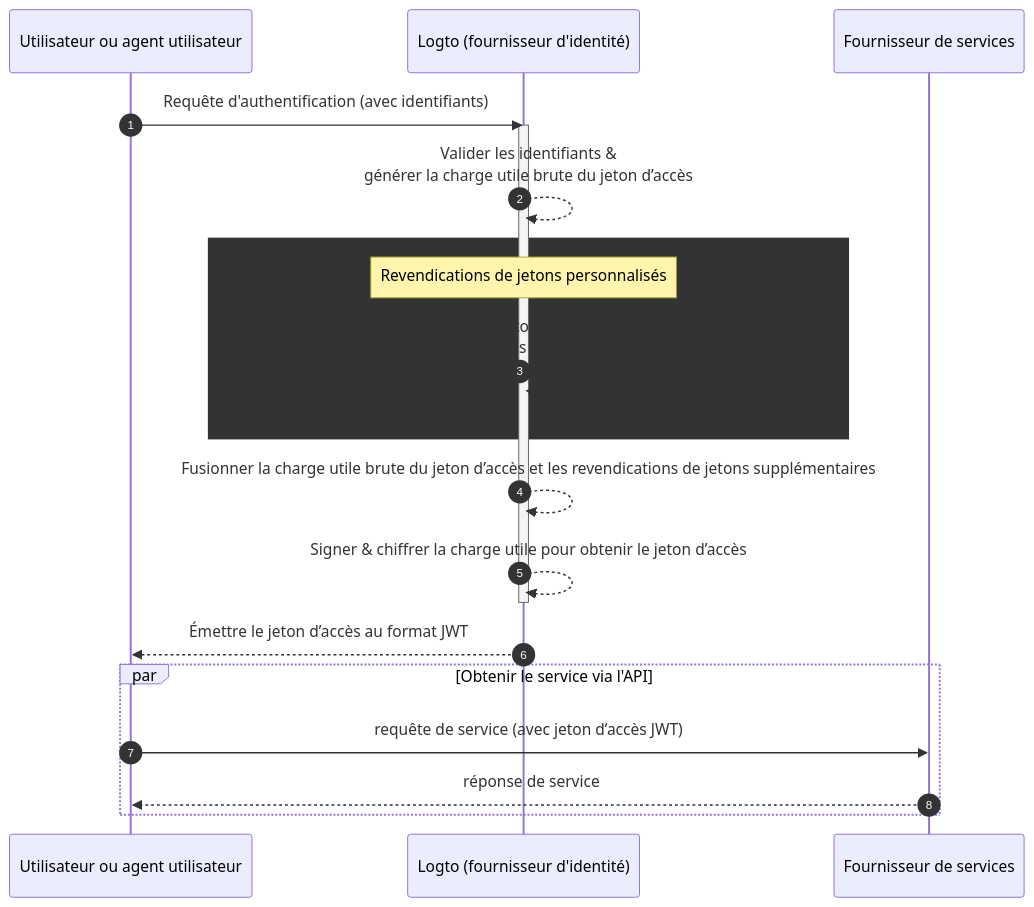
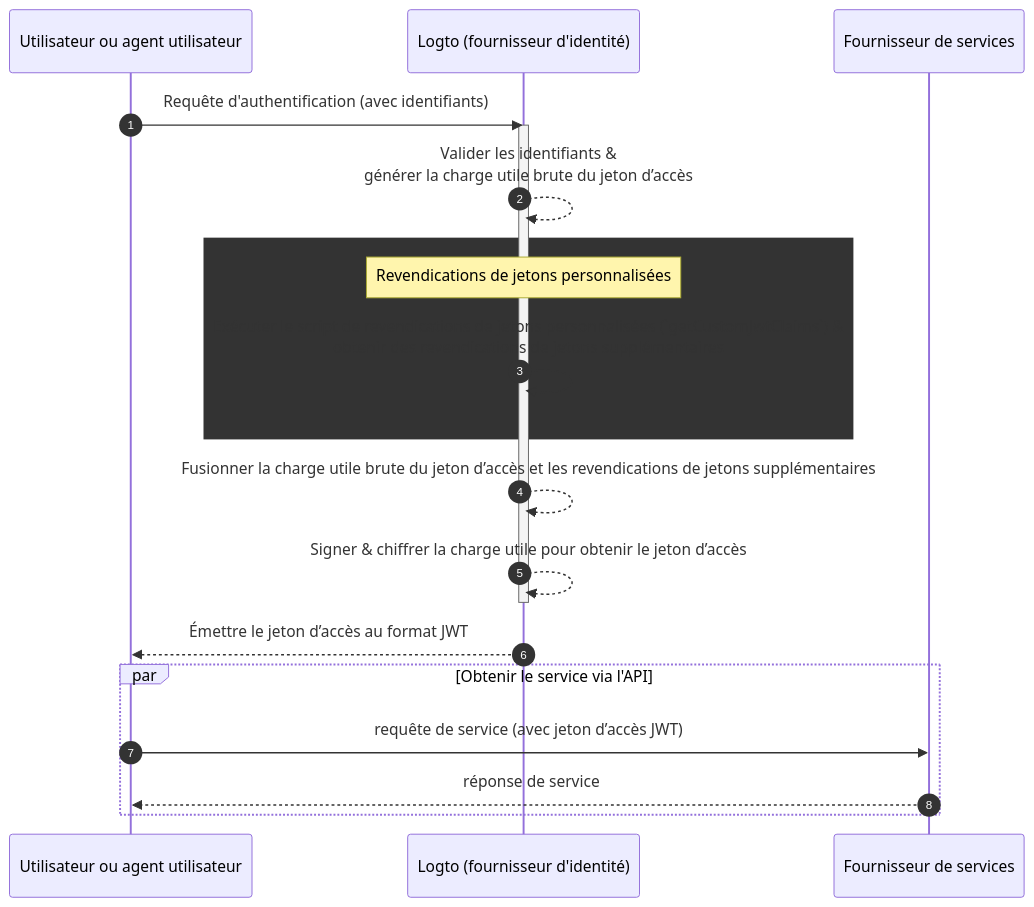
One commit to logto-io/docs changed the diagram in i18n/fr/docusaurus-plugin-content-docs/current/developers/custom-token-claims/README.mdx. Above: the diagram before and after it, drawn with Mermaid. The commit also changed other lines of this file and 234 other files, not shown here.

````diff
--- a/i18n/fr/docusaurus-plugin-content-docs/current/developers/custom-token-claims/README.mdx
+++ b/i18n/fr/docusaurus-plugin-content-docs/current/developers/custom-token-claims/README.mdx
@@ -24,23 +24,23 @@
 ```mermaid
 sequenceDiagram
   participant U as Utilisateur ou agent utilisateur
   participant IdP as Logto (fournisseur d'identité)
   participant SP as Fournisseur de services
 
   autonumber
   U ->> IdP: Requête d'authentification (avec identifiants)
   activate IdP
   IdP-->>IdP: Valider les identifiants &<br/>générer la charge utile brute du jeton d’accès
   rect var(--mermaid-rect-fill)
-  note over IdP: Revendications de jetons personnalisés
-  IdP->>IdP: Exécuter le script de revendications de jetons personnalisés (`getCustomJwtClaims`) &<br/>obtenir des revendications de jetons supplémentaires
+  note over IdP: Revendications de jetons personnalisées
+  IdP->>IdP: Exécuter le script de revendications de jetons personnalisées (`getCustomJwtClaims`) &<br/>obtenir des revendications de jetons supplémentaires
   end
   IdP-->>IdP: Fusionner la charge utile brute du jeton d’accès et les revendications de jetons supplémentaires
   IdP-->>IdP: Signer & chiffrer la charge utile pour obtenir le jeton d’accès
   deactivate IdP
   IdP-->>U: Émettre le jeton d’accès au format JWT
   par Obtenir le service via l'API
   U->>SP: requête de service (avec jeton d’accès JWT)
   SP-->>U: réponse de service
   end
 ```
````
